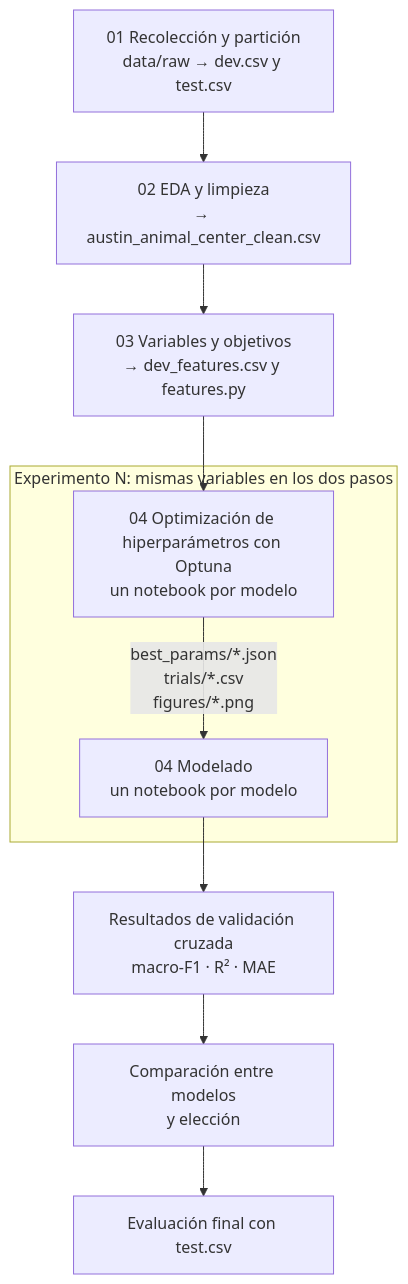
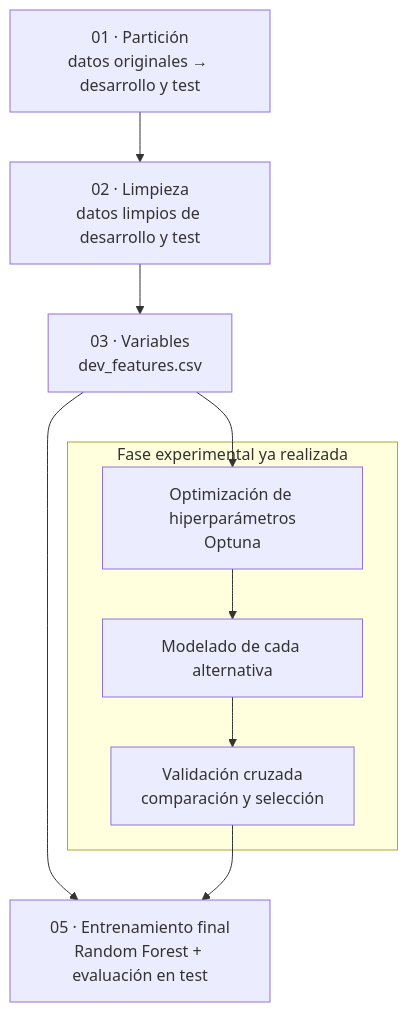
One commit to JorgeAVargasC/mucsi-ml-animal-shelter-project changed the diagram in README.md. Above: the diagram before and after it, drawn with Mermaid. The commit also changed other lines of this file and 1 other file, not shown here.

````diff
--- a/README.md
+++ b/README.md
@@ -58,13 +36,12 @@
 ```mermaid
 flowchart TD
-    A["01 Recolección y partición<br/>data/raw → dev.csv y test.csv"] --> B["02 EDA y limpieza<br/>→ austin_animal_center_clean.csv"]
-    B --> C["03 Variables y objetivos<br/>→ dev_features.csv y features.py"]
+    A["01 · Partición<br/>datos originales → desarrollo y test"] --> B["02 · Limpieza<br/>datos limpios de desarrollo y test"]
+    B --> C["03 · Variables<br/>dev_features.csv"]
+    C --> F["05 · Entrenamiento final<br/>Random Forest + evaluación en test"]
     C --> D
-    subgraph EXP["Experimento N: mismas variables en los dos pasos"]
-        D["04 Optimización de hiperparámetros con Optuna<br/>un notebook por modelo"]
-        D -->|"best_params/*.json<br/>trials/*.csv<br/>figures/*.png"| E["04 Modelado<br/>un notebook por modelo"]
+    subgraph EXP["Fase experimental ya realizada"]
+        D["Optimización de hiperparámetros<br/>Optuna"] --> E["Modelado de cada alternativa"]
+        E --> G["Validación cruzada<br/>comparación y selección"]
     end
-    E --> F["Resultados de validación cruzada<br/>macro-F1 · R² · MAE"]
-    F --> G["Comparación entre modelos<br/>y elección"]
-    G --> H["Evaluación final con test.csv"]
+    G --> F
 ```
````
